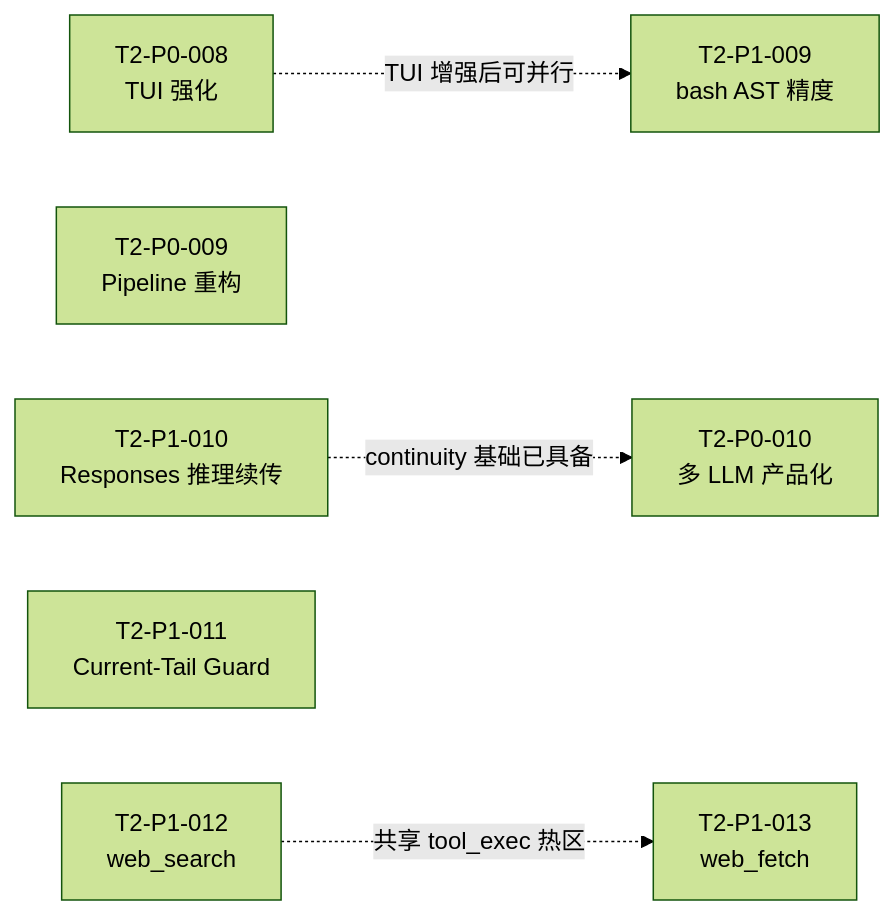
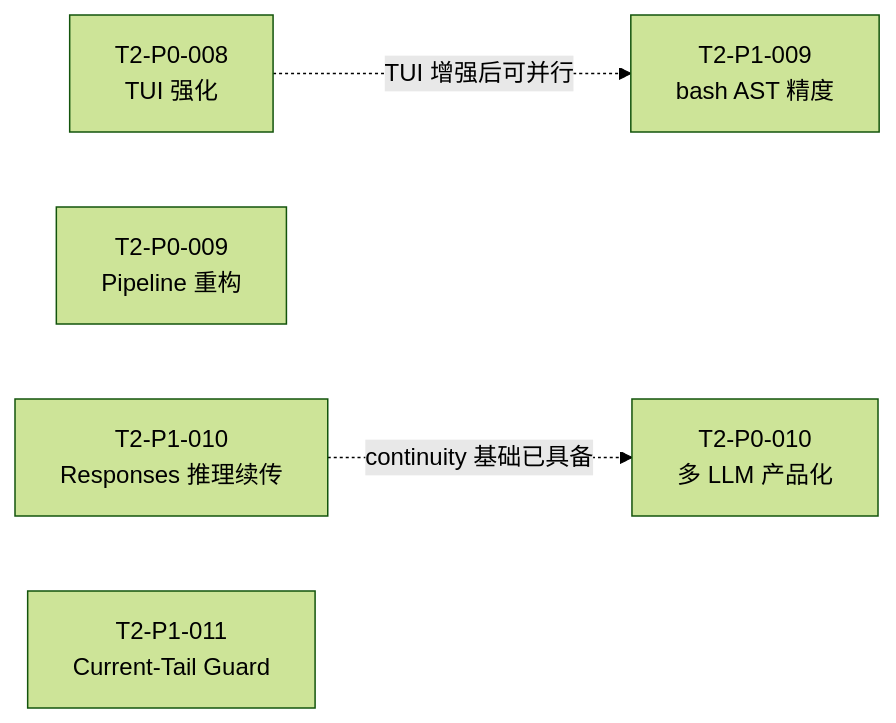
The diagram in tomcat/docs/agents/TASK_BOARD_002/README.md (teisun/tomcat-agent), drawn with Mermaid (forest theme) before and after one commit. The commit also changed other lines of this file and 3 other files, not shown here.

First line of the commit message:
docs(status): close web tool integration tracking

````diff
--- a/tomcat/docs/agents/TASK_BOARD_002/README.md
+++ b/tomcat/docs/agents/TASK_BOARD_002/README.md
@@ -51,17 +51,14 @@
 ```mermaid
 flowchart LR
     P008[T2-P0-008<br/>TUI 强化]
     P009[T2-P0-009<br/>Pipeline 重构]
     P010[T2-P0-010<br/>多 LLM 产品化]
     P109[T2-P1-009<br/>bash AST 精度]
     P110[T2-P1-010<br/>Responses 推理续传]
     P111[T2-P1-011<br/>Current-Tail Guard]
-    P112[T2-P1-012<br/>web_search]
-    P113[T2-P1-013<br/>web_fetch]
     P008 -.->|TUI 增强后可并行| P109
-    P112 -.->|共享 tool_exec 热区| P113
     P110 -.->|continuity 基础已具备| P010
     P009
     P110
     P111
 ```
````
